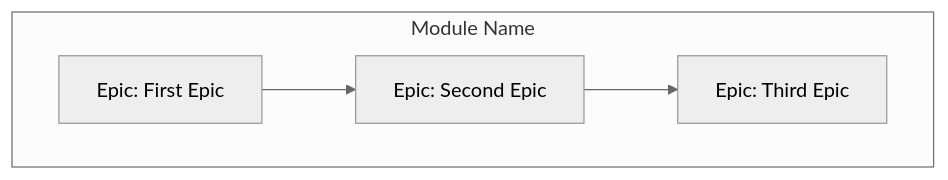
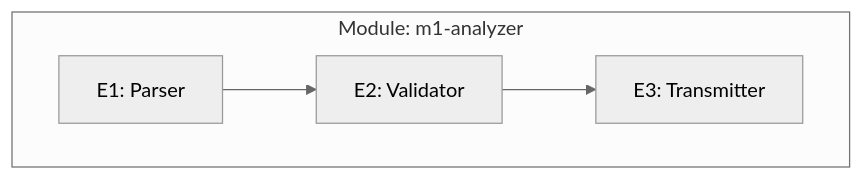
Before and after one commit to livelifelively/documentation-driven-development-tools: the second of 6 diagrams in docs/m1-analyzer/m1-analyzer.module.md, drawn with Mermaid (neutral theme). The commit also changed other lines of this file and 3 other files, not shown here.

Commit message:
module documentation done; epic documentation init

````diff
--- a/docs/m1-analyzer/m1-analyzer.module.md
+++ b/docs/m1-analyzer/m1-analyzer.module.md
@@ -107,10 +113,10 @@
 ```mermaid
 graph TD
-    subgraph Module: [Module Name]
-        E1["Epic: First Epic"]
-        E2["Epic: Second Epic"]
-        E3["Epic: Third Epic"]
+    subgraph Module: m1-analyzer
+        E1["E1: Parser"]
+        E2["E2: Validator"]
+        E3["E3: Transmitter"]
     end
     E1 --> E2
     E2 --> E3
 ```
````
